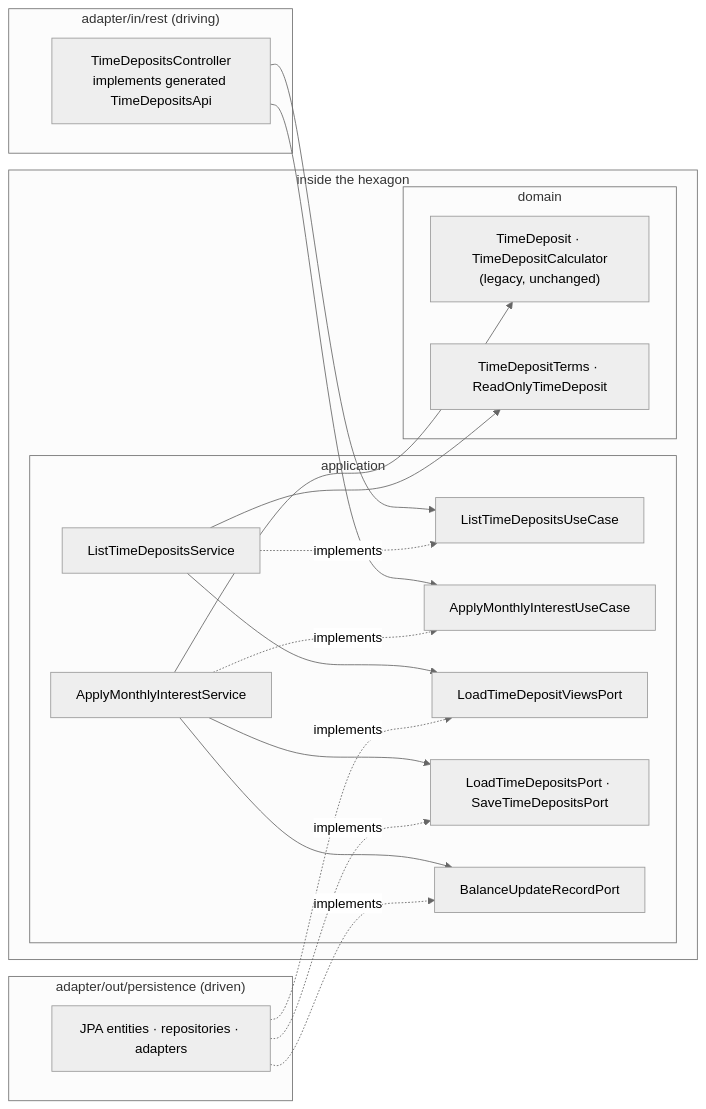
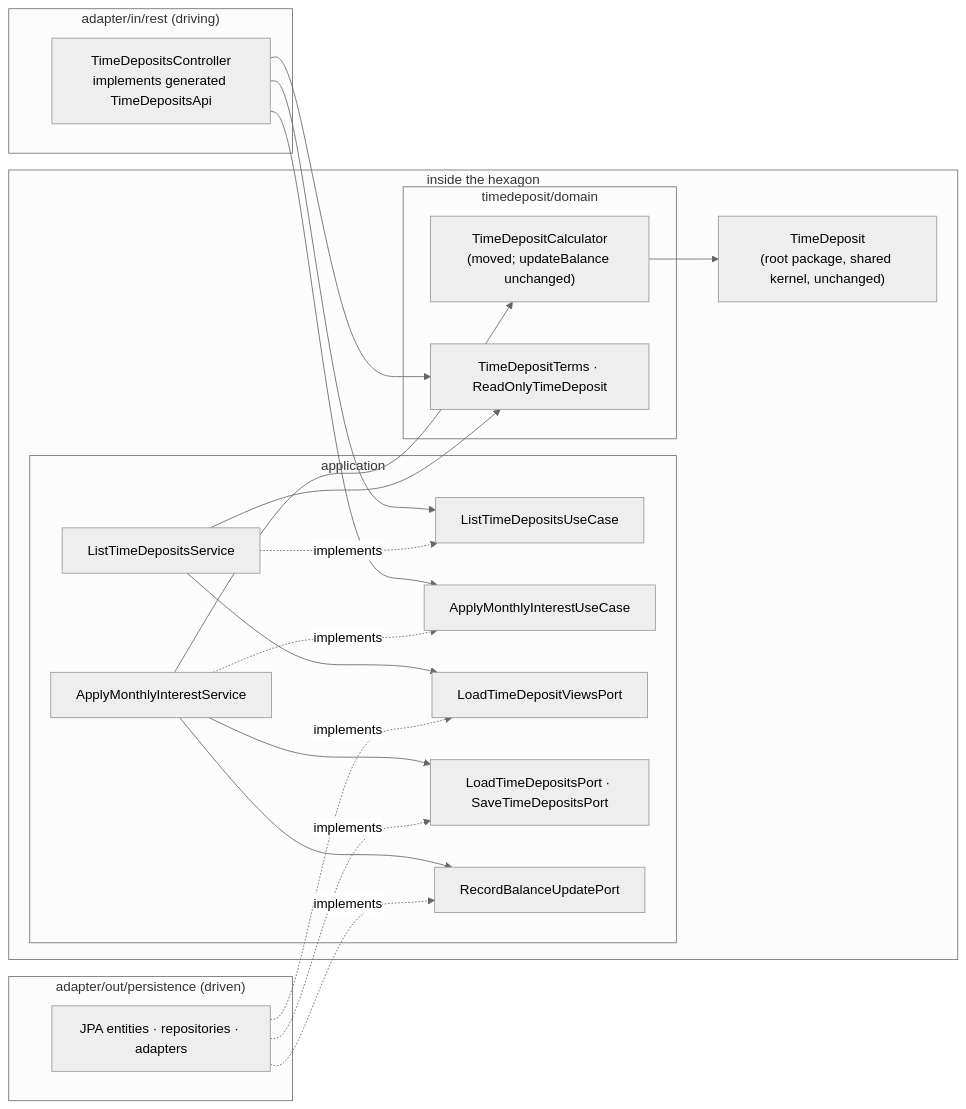
Before and after one commit to bh3x/time-deposit-kata: the third of 5 diagrams in docs/architecture/overview.md, drawn with Mermaid (neutral theme). The commit also changed other lines of this file and 4 other files, not shown here.

````diff
--- a/docs/architecture/overview.md
+++ b/docs/architecture/overview.md
@@ -30,31 +31,34 @@
 ```mermaid
 flowchart LR
   subgraph rest["adapter/in/rest (driving)"]
     ctrl["TimeDepositsController<br/>implements generated TimeDepositsApi"]
   end
   subgraph core["inside the hexagon"]
     subgraph app["application"]
       in1["ListTimeDepositsUseCase"]
       in2["ApplyMonthlyInterestUseCase"]
       svc1["ListTimeDepositsService"]
       svc2["ApplyMonthlyInterestService"]
       out1["LoadTimeDepositViewsPort"]
       out2["LoadTimeDepositsPort · SaveTimeDepositsPort"]
-      out3["BalanceUpdateRecordPort"]
+      out3["RecordBalanceUpdatePort"]
     end
-    subgraph domain["domain"]
-      legacy["TimeDeposit · TimeDepositCalculator<br/>(legacy, unchanged)"]
+    subgraph domain["timedeposit/domain"]
+      calc["TimeDepositCalculator<br/>(moved; updateBalance unchanged)"]
       terms["TimeDepositTerms · ReadOnlyTimeDeposit"]
     end
+    kernel["TimeDeposit<br/>(root package, shared kernel, unchanged)"]
   end
   subgraph persistence["adapter/out/persistence (driven)"]
     jpa["JPA entities · repositories · adapters"]
   end
   ctrl --> in1 & in2
   svc1 -. implements .-> in1
   svc2 -. implements .-> in2
   svc1 --> out1
-  svc2 --> out2 & out3 & legacy
+  svc2 --> out2 & out3 & calc
   jpa -. implements .-> out1 & out2 & out3
   svc1 --> terms
+  ctrl --> terms
+  calc --> kernel
 ```
````
